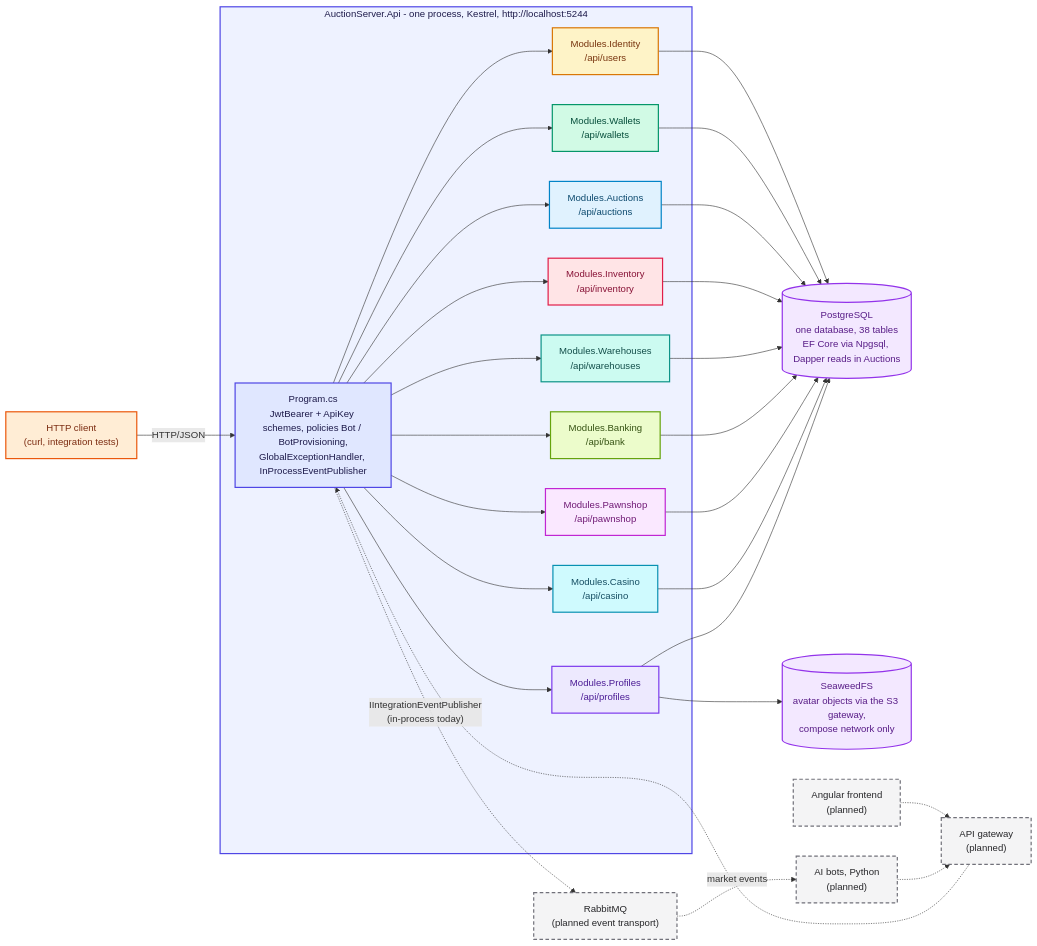
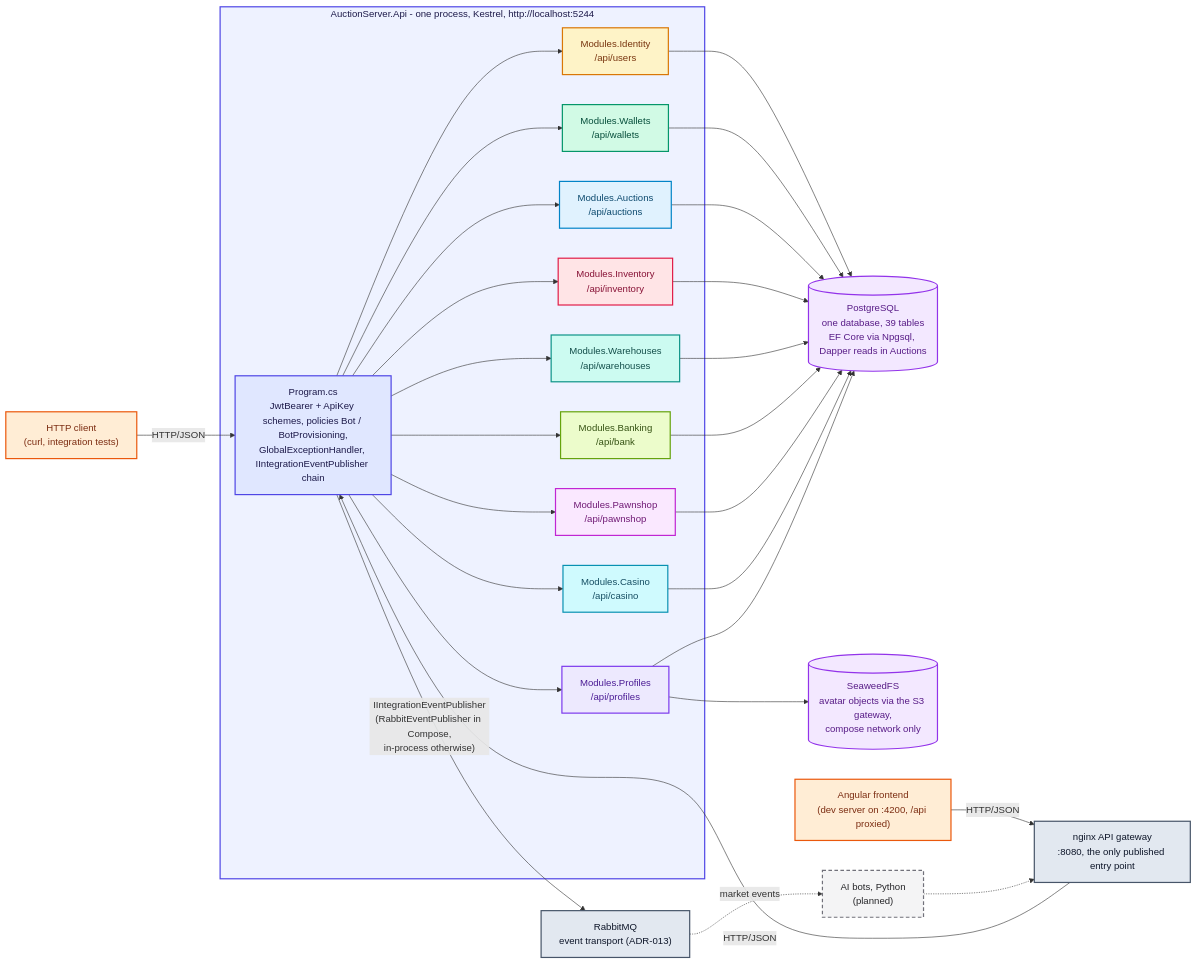
The diagram in docs/diagrams/src/architecture-01-system-context.mmd (Zambrzyckii/Auction), drawn with Mermaid before and after one commit. The commit also changed 13 other files, not shown here.

```diff
--- a/docs/diagrams/src/architecture-01-system-context.mmd
+++ b/docs/diagrams/src/architecture-01-system-context.mmd
@@ -1,43 +1,43 @@
 flowchart LR
 
     Client["HTTP client<br/>(curl, integration tests)"]:::client -->|"HTTP/JSON"| Api
 
     subgraph Host ["AuctionServer.Api - one process, Kestrel, http://localhost:5244"]
-        Api["Program.cs<br/>JwtBearer + ApiKey schemes, policies Bot / BotProvisioning,<br/>GlobalExceptionHandler, InProcessEventPublisher"]:::host
+        Api["Program.cs<br/>JwtBearer + ApiKey schemes, policies Bot / BotProvisioning,<br/>GlobalExceptionHandler, IIntegrationEventPublisher chain"]:::host
         Identity["Modules.Identity<br/>/api/users"]:::identity
         Wallets["Modules.Wallets<br/>/api/wallets"]:::wallets
         Auctions["Modules.Auctions<br/>/api/auctions"]:::auctions
         Inventory["Modules.Inventory<br/>/api/inventory"]:::inventory
         Warehouses["Modules.Warehouses<br/>/api/warehouses"]:::warehouses
         Banking["Modules.Banking<br/>/api/bank"]:::banking
         Pawnshop["Modules.Pawnshop<br/>/api/pawnshop"]:::pawnshop
         Casino["Modules.Casino<br/>/api/casino"]:::casino
         Profiles["Modules.Profiles<br/>/api/profiles"]:::profiles
         Api --> Identity & Wallets & Auctions & Inventory & Warehouses & Banking & Pawnshop & Casino & Profiles
     end
 
-    Identity & Wallets & Auctions & Inventory & Warehouses & Banking & Pawnshop & Casino & Profiles --> Db[("PostgreSQL<br/>one database, 38 tables<br/>EF Core via Npgsql, Dapper reads in Auctions")]:::db
+    Identity & Wallets & Auctions & Inventory & Warehouses & Banking & Pawnshop & Casino & Profiles --> Db[("PostgreSQL<br/>one database, 39 tables<br/>EF Core via Npgsql, Dapper reads in Auctions")]:::db
     Profiles --> Seaweed[("SeaweedFS<br/>avatar objects via the S3 gateway,<br/>compose network only")]:::db
 
-    Frontend["Angular frontend<br/>(planned)"]:::planned -.-> Gateway["API gateway<br/>(planned)"]:::planned
-    Gateway -.-> Api
+    Frontend["Angular frontend<br/>(dev server on :4200, /api proxied)"]:::client -->|"HTTP/JSON"| Gateway["nginx API gateway<br/>:8080, the only published entry point"]:::shared
+    Gateway -->|"HTTP/JSON"| Api
     Bots["AI bots, Python<br/>(planned)"]:::planned -.-> Gateway
-    Broker["RabbitMQ<br/>(planned event transport)"]:::planned -.->|"market events"| Bots
-    Api -.->|"IIntegrationEventPublisher<br/>(in-process today)"| Broker
+    Broker["RabbitMQ<br/>event transport (ADR-013)"]:::shared -.->|"market events"| Bots
+    Api -->|"IIntegrationEventPublisher<br/>(RabbitEventPublisher in Compose,<br/>in-process otherwise)"| Broker
 
     style Host fill:#EEF2FF,stroke:#4F46E5,stroke-width:2px,color:#1E1B4B
 
     classDef client    fill:#FFEDD5,stroke:#EA580C,stroke-width:2px,color:#7C2D12
     classDef host      fill:#E0E7FF,stroke:#4F46E5,stroke-width:2px,color:#1E1B4B
     classDef identity  fill:#FEF3C7,stroke:#D97706,stroke-width:2px,color:#78350F
     classDef wallets   fill:#D1FAE5,stroke:#059669,stroke-width:2px,color:#064E3B
     classDef auctions  fill:#E0F2FE,stroke:#0284C7,stroke-width:2px,color:#0C4A6E
     classDef inventory fill:#FFE4E6,stroke:#E11D48,stroke-width:2px,color:#881337
     classDef warehouses fill:#CCFBF1,stroke:#0D9488,stroke-width:2px,color:#134E4A
     classDef banking   fill:#ECFCCB,stroke:#65A30D,stroke-width:2px,color:#365314
     classDef pawnshop  fill:#FAE8FF,stroke:#C026D3,stroke-width:2px,color:#701A75
     classDef casino    fill:#CFFAFE,stroke:#0891B2,stroke-width:2px,color:#164E63
     classDef profiles  fill:#EDE9FE,stroke:#7C3AED,stroke-width:2px,color:#4C1D95
     classDef shared    fill:#E2E8F0,stroke:#475569,stroke-width:2px,color:#0F172A
     classDef planned   fill:#F4F4F5,stroke:#71717A,stroke-width:2px,stroke-dasharray:6 4,color:#27272A
     classDef db        fill:#F3E8FF,stroke:#9333EA,stroke-width:2px,color:#581C87
```
